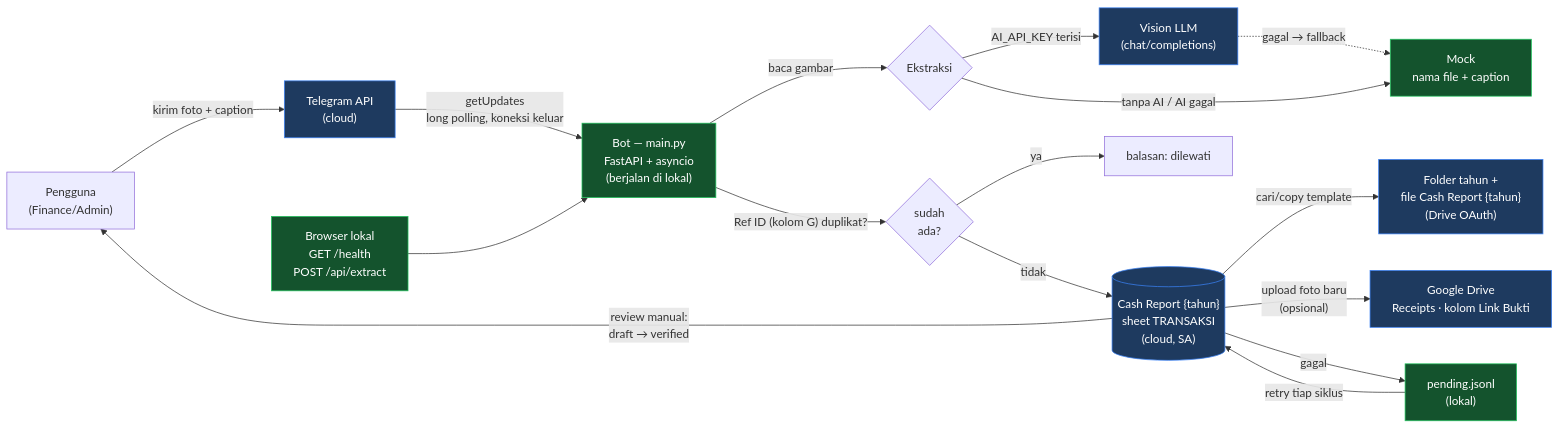
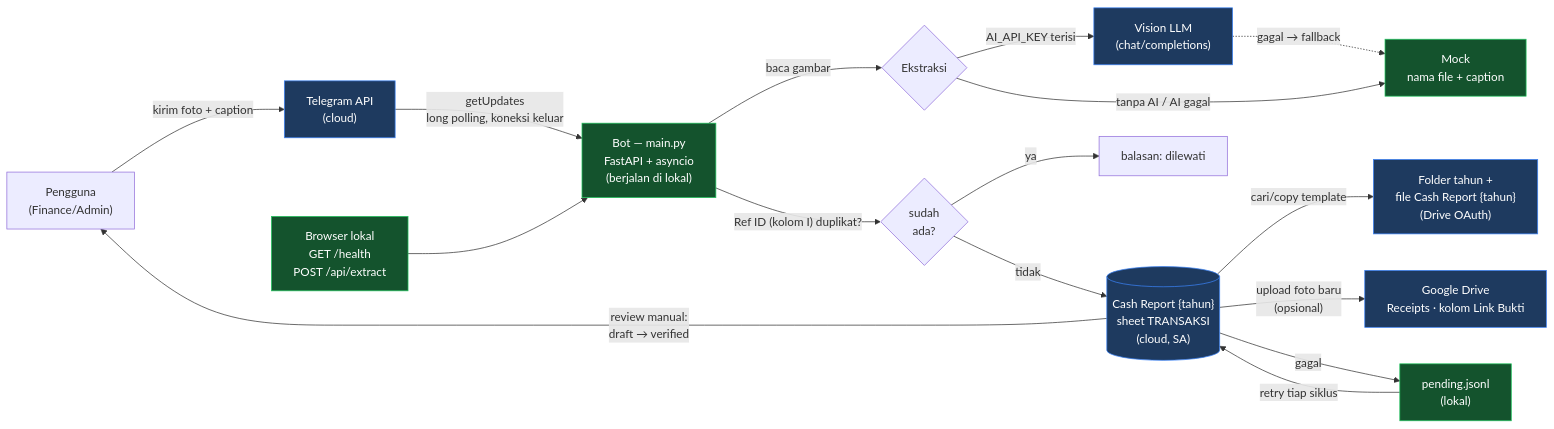
The diagram in README.md (Project-Rework-G3-AI/ai-finance-assistant), drawn with Mermaid before and after one commit. The commit also changed other lines of this file and 5 other files, not shown here.

````diff
--- a/README.md
+++ b/README.md
@@ -9,27 +9,27 @@
 ```mermaid
 flowchart LR
     U["Pengguna<br/>(Finance/Admin)"] -->|"kirim foto + caption"| TG["Telegram API<br/>(cloud)"]
     TG -->|"getUpdates<br/>long polling, koneksi keluar"| BOT["Bot — main.py<br/>FastAPI + asyncio<br/>(berjalan di lokal)"]
 
     BOT -->|"baca gambar"| EXT{"Ekstraksi"}
     EXT -->|"AI_API_KEY terisi"| VIS["Vision LLM<br/>(chat/completions)"]
     EXT -->|"tanpa AI / AI gagal"| MOCK["Mock<br/>nama file + caption"]
     VIS -.->|"gagal → fallback"| MOCK
 
-    BOT -->|"Ref ID (kolom G) duplikat?"| DUP{"sudah<br/>ada?"}
+    BOT -->|"Ref ID (kolom I) duplikat?"| DUP{"sudah<br/>ada?"}
     DUP -->|"ya"| SKIP["balasan: dilewati"]
     DUP -->|"tidak"| CR[("Cash Report {tahun}<br/>sheet TRANSAKSI<br/>(cloud, SA)")]
 
     CR -->|"cari/copy template"| YR["Folder tahun +<br/>file Cash Report {tahun}<br/>(Drive OAuth)"]
     CR -->|"upload foto baru<br/>(opsional)"| DRIVE["Google Drive<br/>Receipts · kolom Link Bukti"]
     CR -->|"gagal"| PEND["pending.jsonl<br/>(lokal)"]
     PEND -->|"retry tiap siklus"| CR
 
     CR -->|"review manual:<br/>draft → verified"| U
     W["Browser lokal<br/>GET /health<br/>POST /api/extract"] --> BOT
 
     classDef cloud fill:#1e3a5f,stroke:#3b82f6,color:#fff
     classDef local fill:#14532d,stroke:#22c55e,color:#fff
     class TG,CR,VIS,DRIVE,YR cloud
     class BOT,MOCK,PEND,W local
 ```
````
